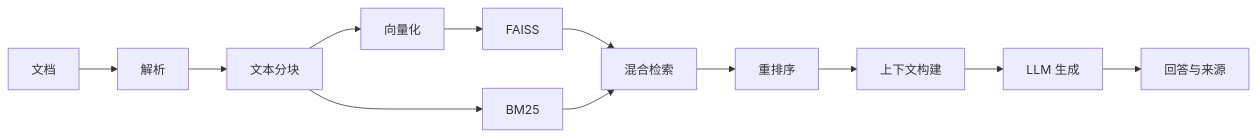
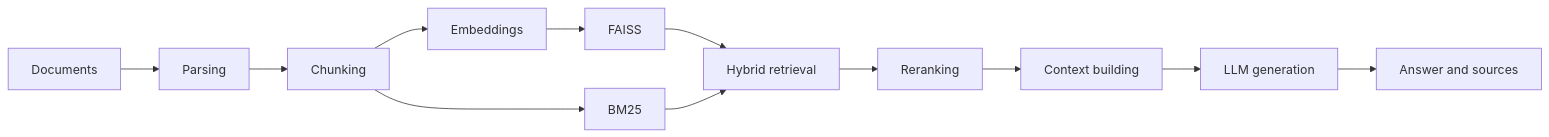
Before and after one commit to weiwill88/Local_Pdf_Chat_RAG: the diagram in README.md, drawn with Mermaid. The commit also changed other lines of this file and 3 other files, not shown here.

````diff
--- a/README.md
+++ b/README.md
@@ -35,14 +52,14 @@
 ```mermaid
 flowchart LR
-    A[文档] --> B[解析]
-    B --> C[文本分块]
-    C --> D[向量化]
+    A[Documents] --> B[Parsing]
+    B --> C[Chunking]
+    C --> D[Embeddings]
     D --> E[FAISS]
     C --> F[BM25]
-    E --> G[混合检索]
+    E --> G[Hybrid retrieval]
     F --> G
-    G --> H[重排序]
-    H --> I[上下文构建]
-    I --> J[LLM 生成]
-    J --> K[回答与来源]
+    G --> H[Reranking]
+    H --> I[Context building]
+    I --> J[LLM generation]
+    J --> K[Answer and sources]
 ```
````
